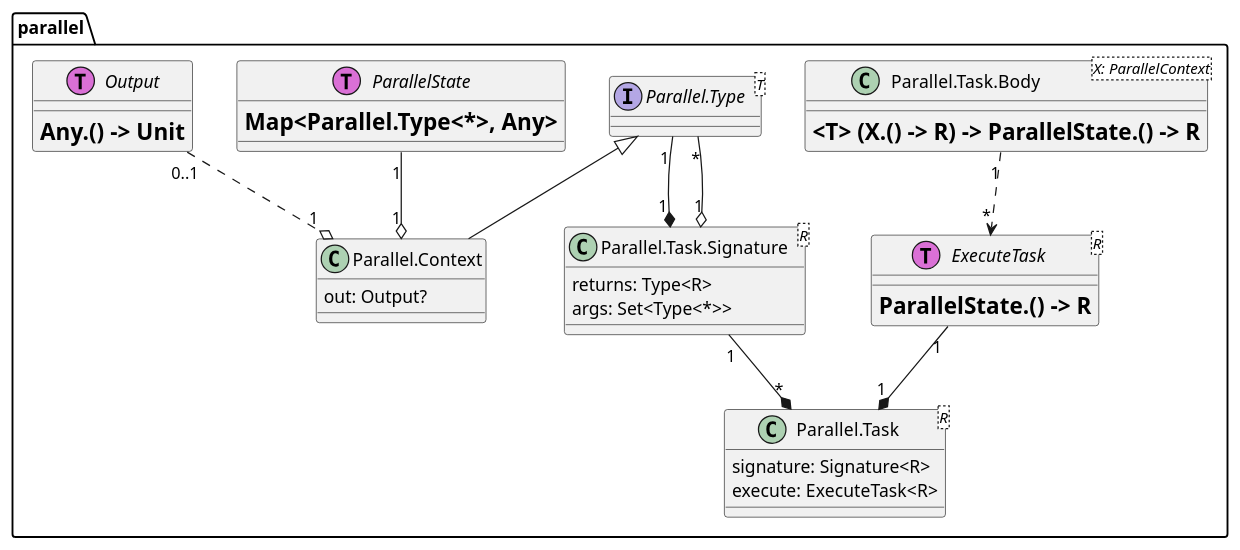
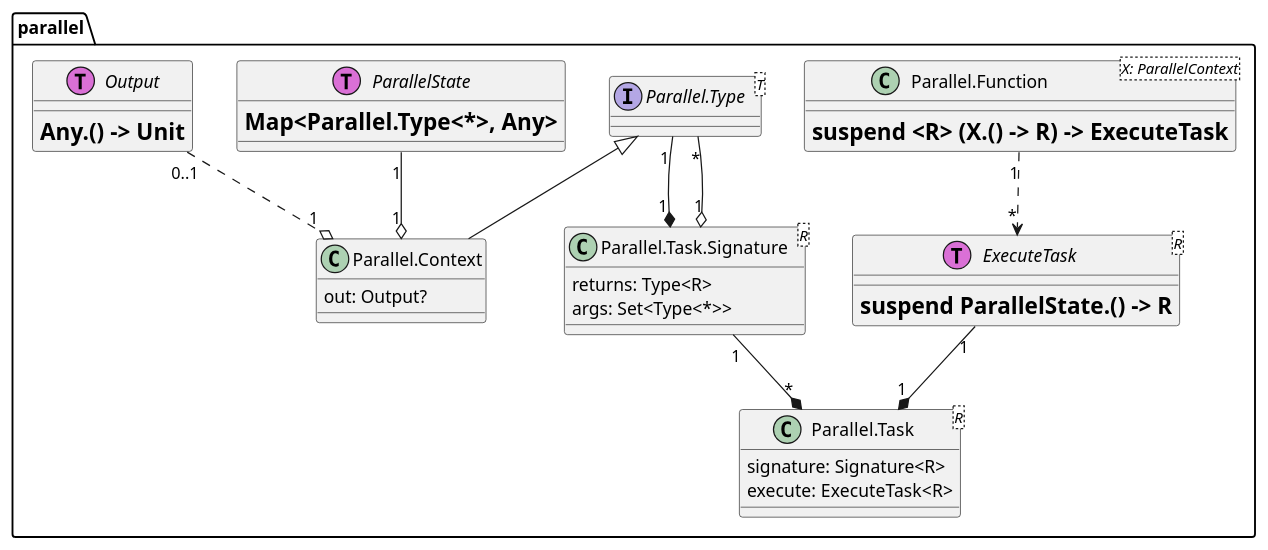
The diagram in docs/hld/parallel-execution-api-structures.puml (Flank/flank), drawn with PlantUML before and after one commit. The commit also changed 7 other files, not shown here.

```diff
--- a/docs/hld/parallel-execution-api-structures.puml
+++ b/docs/hld/parallel-execution-api-structures.puml
@@ -1,42 +1,42 @@
 @startuml
 
 
 package "parallel" {
 
 class "Parallel.Context" as Context {
 out: Output?
 }
 class "Parallel.Task" as Task<R> {
 signature: Signature<R>
 execute: ExecuteTask<R>
 }
 class "Parallel.Task.Signature" as Task_Signature<R>{
 returns: Type<R>
 args: Set<Type<*>>
 }
-class "Parallel.Task.Body" as Task_Body<X: ParallelContext> {
-= <T> (X.() -> R) -> ParallelState.() -> R
+class "Parallel.Function" as Function<X: ParallelContext> {
+= suspend <R> (X.() -> R) -> ExecuteTask
 }
 interface ExecuteTask<R> << (T, orchid) >> {
-= ParallelState.() -> R
+= suspend ParallelState.() -> R
 }
 interface "Parallel.Type" as Type <T>
 interface ParallelState << (T, orchid) >> {
 = Map<Parallel.Type<*>, Any>
 }
 interface Output << (T, orchid) >> {
 = Any.() -> Unit
 }
 
 Output "0..1" ..o "1" Context
 ParallelState "1" --o "1" Context
 Type <|-- Context
 
 Type "1" --* "1" Task_Signature
 Type "*" --o "1" Task_Signature
 Task_Signature "1" --* "*" Task
 
-Task_Body "1" ..> "*" ExecuteTask
+Function "1" ..> "*" ExecuteTask
 ExecuteTask "1" --* "1" Task
 
 @enduml
```
